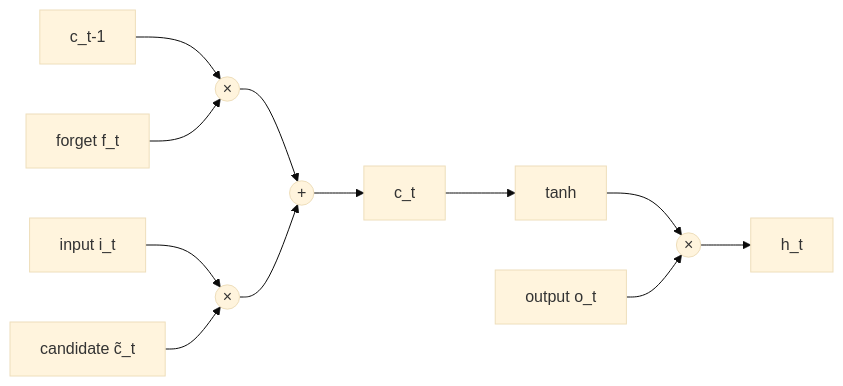
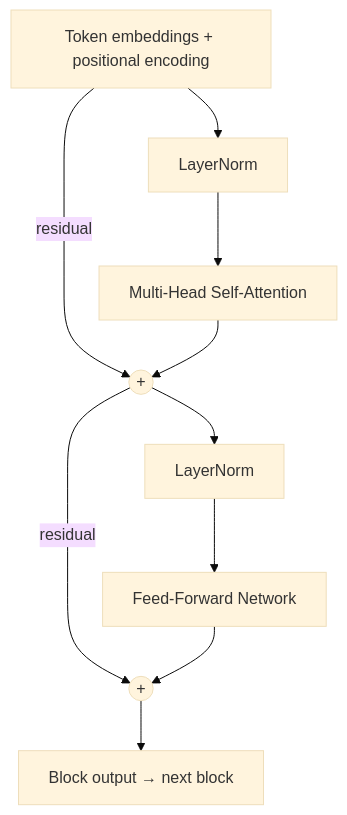
Before and after one commit to kader-xai/kader-xai.github.io: the second of 3 diagrams in ai-ml-encyclopedia/ch17.qmd, drawn with Mermaid (base theme). The commit also changed other lines of this file and 47 other files, not shown here.

````diff
--- a/ai-ml-encyclopedia/ch17.qmd
+++ b/ai-ml-encyclopedia/ch17.qmd
@@ -208,14 +250,12 @@
 ```{mermaid}
-flowchart LR
-    cprev[c_t-1] --> mult1((×))
-    f[forget f_t] --> mult1
-    mult1 --> add((+))
-    i[input i_t] --> mult2((×))
-    cand[candidate c̃_t] --> mult2
-    mult2 --> add((+))
-    add --> ct[c_t]
-    ct --> tanhc[tanh]
-    tanhc --> mult3((×))
-    o[output o_t] --> mult3
-    mult3 --> ht[h_t]
+flowchart TB
+  X[Token embeddings + positional encoding] --> L1[LayerNorm]
+  L1 --> A[Multi-Head Self-Attention]
+  X -->|residual| R1((+))
+  A --> R1
+  R1 --> L2[LayerNorm]
+  L2 --> F[Feed-Forward Network]
+  R1 -->|residual| R2((+))
+  F --> R2
+  R2 --> O[Block output → next block]
 ```
````
